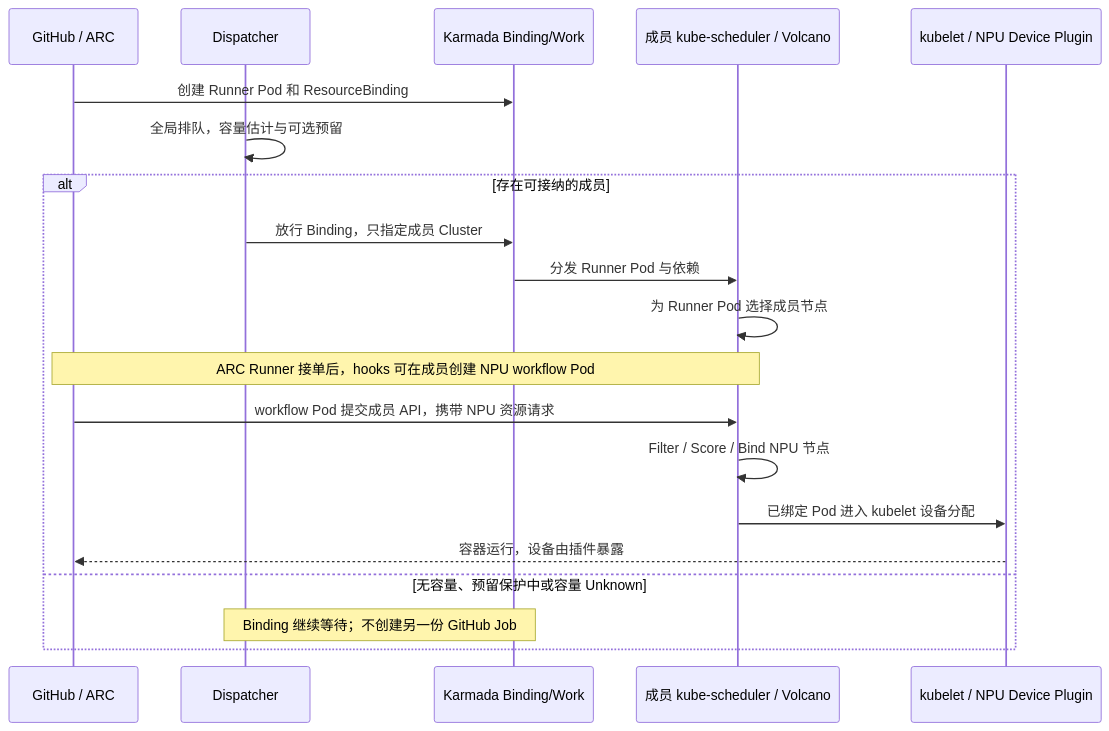
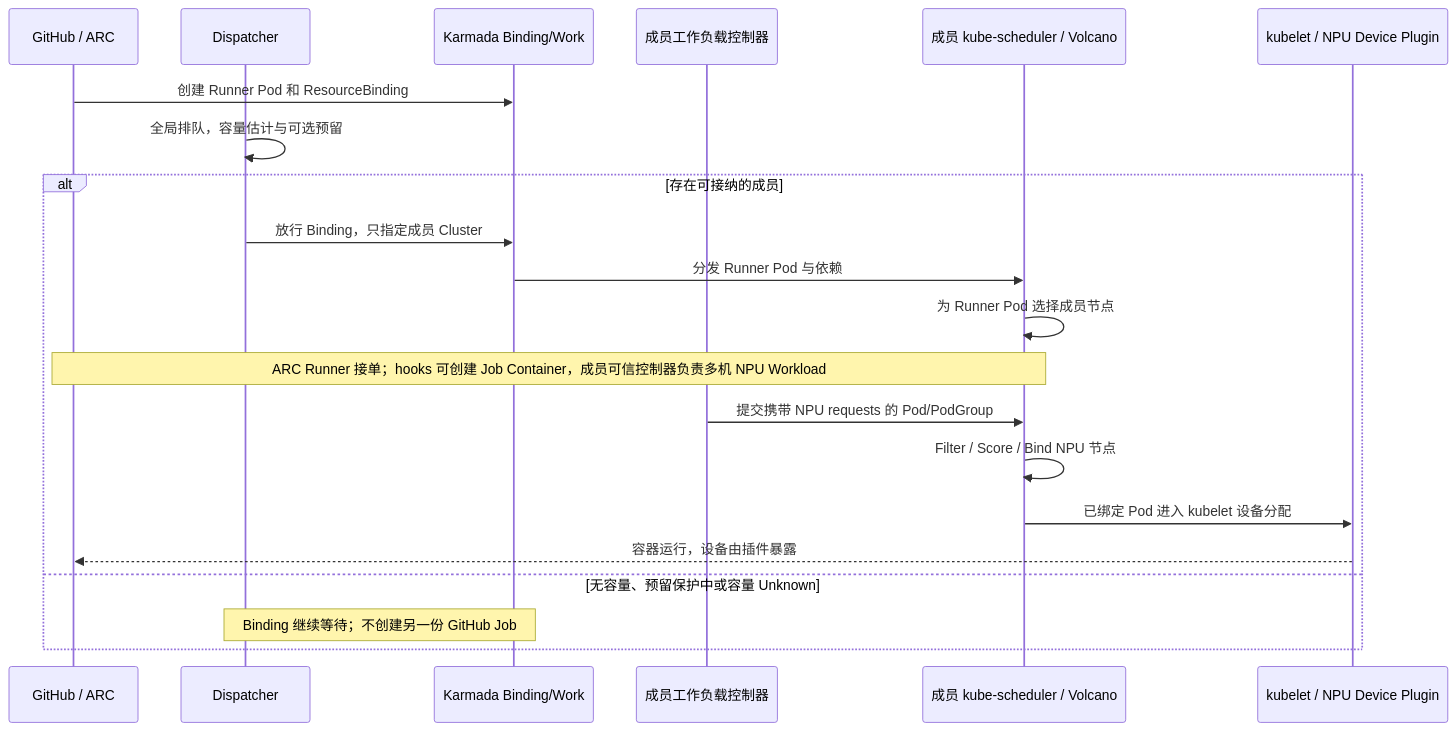
One commit to pkking/arc-karmada-test changed the third of 18 diagrams in docs/ASCEND-CI-FEDERATED-CLUSTER-FUNCTIONAL-DESIGN.md. Above: the diagram before and after it, drawn with Mermaid. The commit also changed other lines of this file and 2 other files, not shown here.

First line of the commit message:
docs: 收敛 NPU 需求先验、成员放置和 Runner 状态正确性设计 (#15)

````diff
--- a/docs/ASCEND-CI-FEDERATED-CLUSTER-FUNCTIONAL-DESIGN.md
+++ b/docs/ASCEND-CI-FEDERATED-CLUSTER-FUNCTIONAL-DESIGN.md
@@ -575,22 +583,23 @@
 ```mermaid
 sequenceDiagram
     participant GH as GitHub / ARC
     participant D as Dispatcher
     participant K as Karmada Binding/Work
+    participant WL as 成员工作负载控制器
     participant MS as 成员 kube-scheduler / Volcano
     participant KLT as kubelet / NPU Device Plugin
     GH->>K: 创建 Runner Pod 和 ResourceBinding
     D->>D: 全局排队，容量估计与可选预留
     alt 存在可接纳的成员
         D->>K: 放行 Binding，只指定成员 Cluster
         K->>MS: 分发 Runner Pod 与依赖
         MS->>MS: 为 Runner Pod 选择成员节点
-        Note over MS,GH: ARC Runner 接单后，hooks 可在成员创建 NPU workflow Pod
-        GH->>MS: workflow Pod 提交成员 API，携带 NPU 资源请求
+        Note over MS,GH: ARC Runner 接单；hooks 可创建 Job Container，成员可信控制器负责多机 NPU Workload
+        WL->>MS: 提交携带 NPU requests 的 Pod/PodGroup
         MS->>MS: Filter / Score / Bind NPU 节点
         MS->>KLT: 已绑定 Pod 进入 kubelet 设备分配
         KLT-->>GH: 容器运行，设备由插件暴露
     else 无容量、预留保护中或容量 Unknown
         Note over D,K: Binding 继续等待；不创建另一份 GitHub Job
     end
 ```
````
